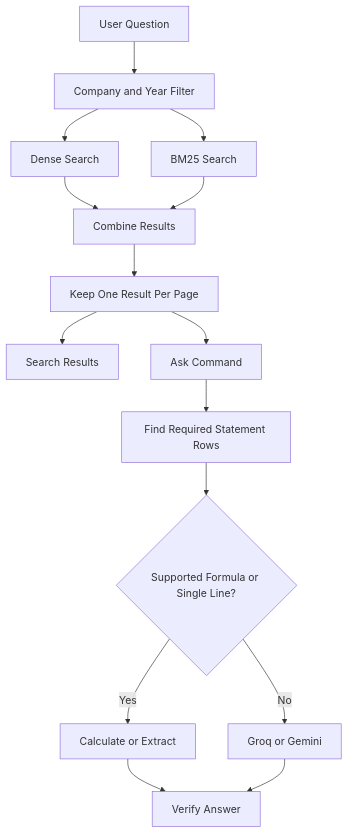
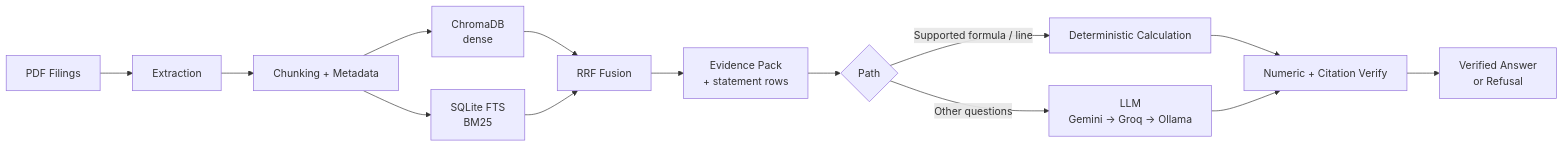
The first of 4 diagrams in README.md (Nisahoorain/grounded-knowledge-search), drawn with Mermaid before and after one commit. The commit also changed other lines of this file and 28 other files, not shown here.

````diff
--- a/README.md
+++ b/README.md
@@ -96,17 +52,16 @@
 ```mermaid
-flowchart TD
-    A[User Question] --> B[Company and Year Filter]
-    B --> C[Dense Search]
-    B --> D[BM25 Search]
-    C --> E[Combine Results]
-    D --> E
-    E --> F[Keep One Result Per Page]
-    F --> G[Search Results]
-    F --> H[Ask Command]
-    H --> I[Find Required Statement Rows]
-    I --> J{Supported Formula or Single Line?}
-    J -->|Yes| K[Calculate or Extract]
-    J -->|No| L[Groq or Gemini]
-    K --> M[Verify Answer]
-    L --> M
+flowchart LR
+    A[PDF Filings] --> B[Extraction]
+    B --> C[Chunking + Metadata]
+    C --> D1[ChromaDB<br/>dense]
+    C --> D2[SQLite FTS<br/>BM25]
+    D1 --> E[RRF Fusion]
+    D2 --> E
+    E --> F[Evidence Pack<br/>+ statement rows]
+    F --> G{Path}
+    G -->|Supported formula / line| H[Deterministic Calculation]
+    G -->|Other questions| I[LLM<br/>Gemini → Groq → Ollama]
+    H --> J[Numeric + Citation Verify]
+    I --> J
+    J --> K[Verified Answer<br/>or Refusal]
 ```
````
